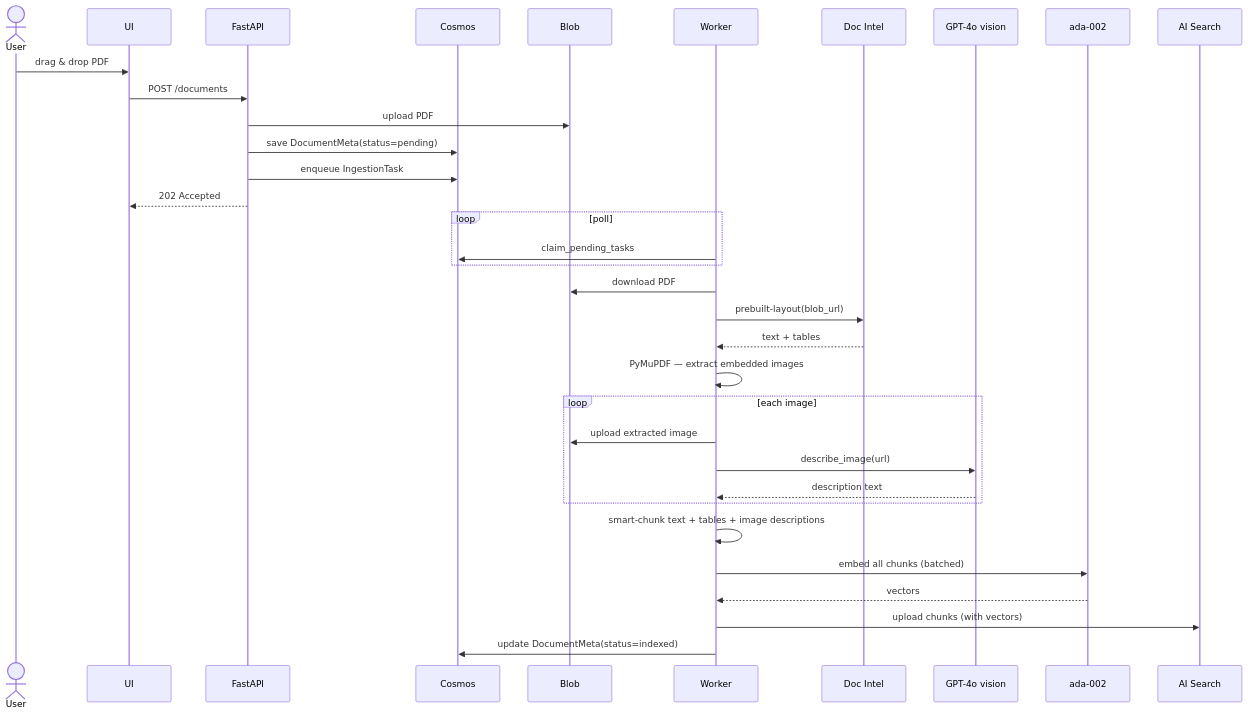
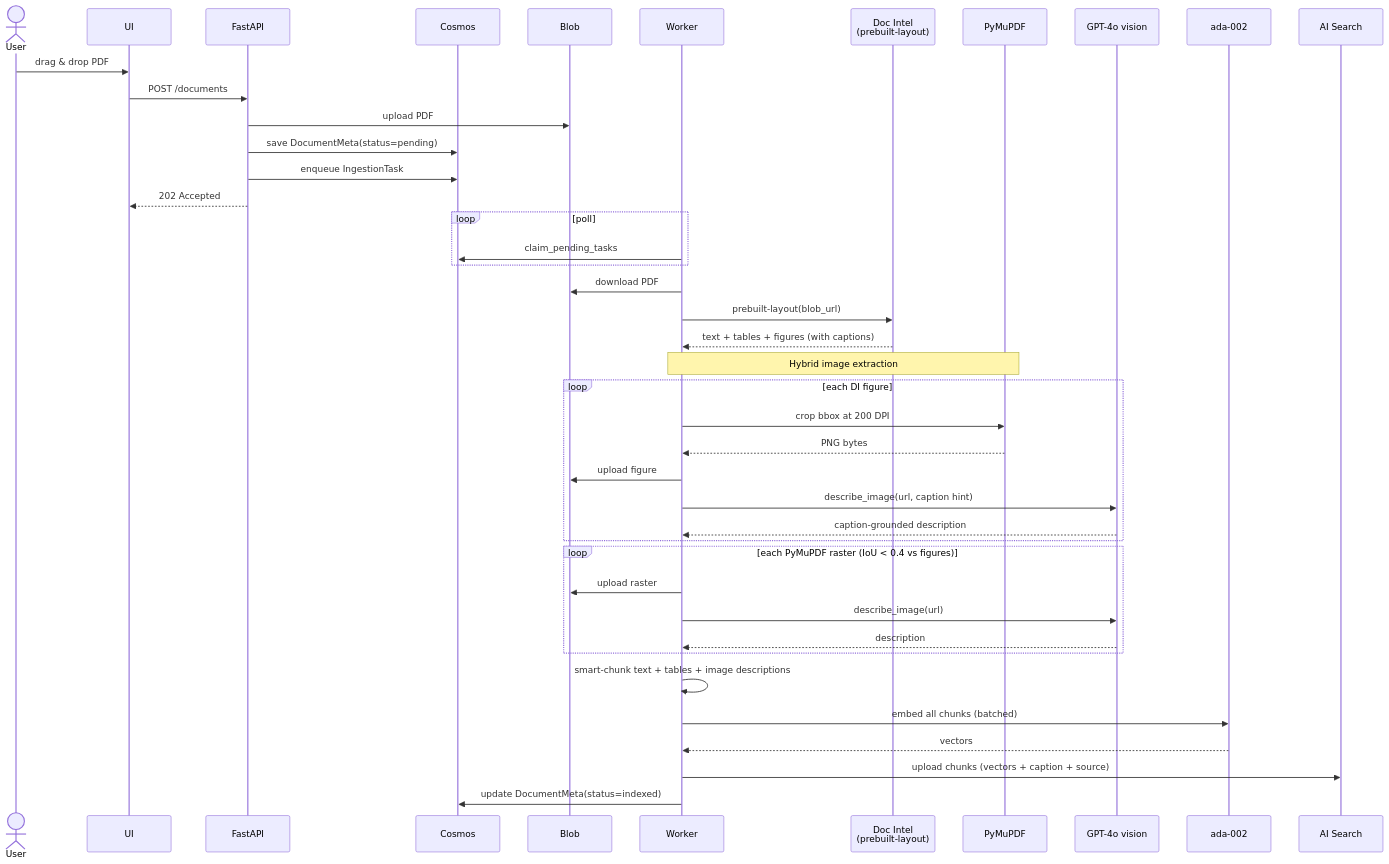
One commit to nishant5790/doc-mind-ai changed the second of 13 diagrams in docs/architecture.md. Above: the diagram before and after it, drawn with Mermaid. The commit also changed other lines of this file and 3 other files, not shown here.

````diff
--- a/docs/architecture.md
+++ b/docs/architecture.md
@@ -52,38 +55,48 @@
 ```mermaid
 sequenceDiagram
     actor U as User
     participant UI
     participant API as FastAPI
     participant Cosmos
     participant Blob
     participant W as Worker
-    participant DI as Doc Intel
+    participant DI as Doc Intel<br/>(prebuilt-layout)
+    participant PM as PyMuPDF
     participant V as GPT-4o vision
     participant E as ada-002
     participant S as AI Search
 
     U->>UI: drag & drop PDF
     UI->>API: POST /documents
     API->>Blob: upload PDF
     API->>Cosmos: save DocumentMeta(status=pending)
     API->>Cosmos: enqueue IngestionTask
     API-->>UI: 202 Accepted
 
     loop poll
         W->>Cosmos: claim_pending_tasks
     end
     W->>Blob: download PDF
     W->>DI: prebuilt-layout(blob_url)
-    DI-->>W: text + tables
-    W->>W: PyMuPDF — extract embedded images
-    loop each image
-        W->>Blob: upload extracted image
+    DI-->>W: text + tables + figures (with captions)
+
+    Note over W,PM: Hybrid image extraction
+    loop each DI figure
+        W->>PM: crop bbox at 200 DPI
+        PM-->>W: PNG bytes
+        W->>Blob: upload figure
+        W->>V: describe_image(url, caption hint)
+        V-->>W: caption-grounded description
+    end
+    loop each PyMuPDF raster (IoU < 0.4 vs figures)
+        W->>Blob: upload raster
         W->>V: describe_image(url)
-        V-->>W: description text
+        V-->>W: description
     end
+
     W->>W: smart-chunk text + tables + image descriptions
     W->>E: embed all chunks (batched)
     E-->>W: vectors
-    W->>S: upload chunks (with vectors)
+    W->>S: upload chunks (vectors + caption + source)
     W->>Cosmos: update DocumentMeta(status=indexed)
 ```
````
